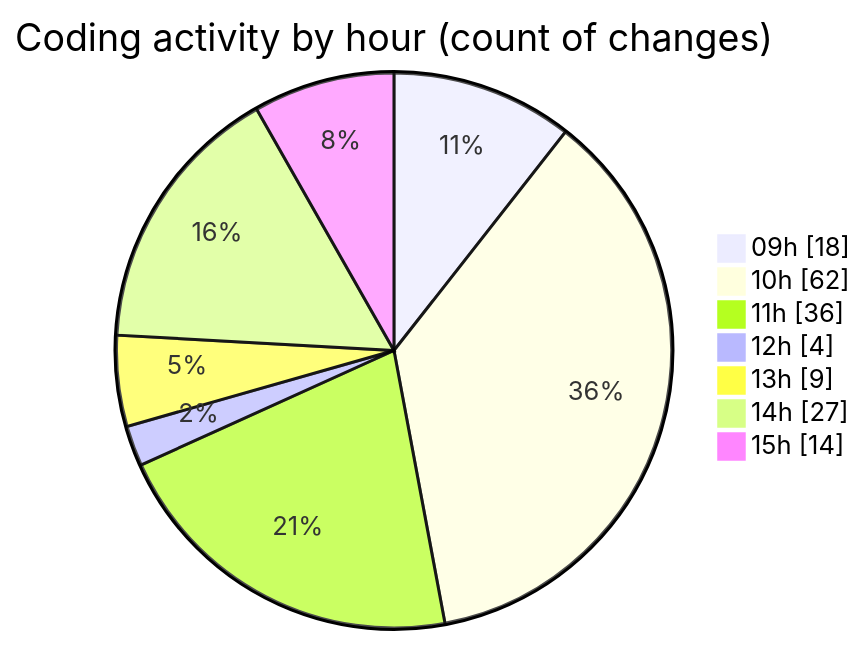
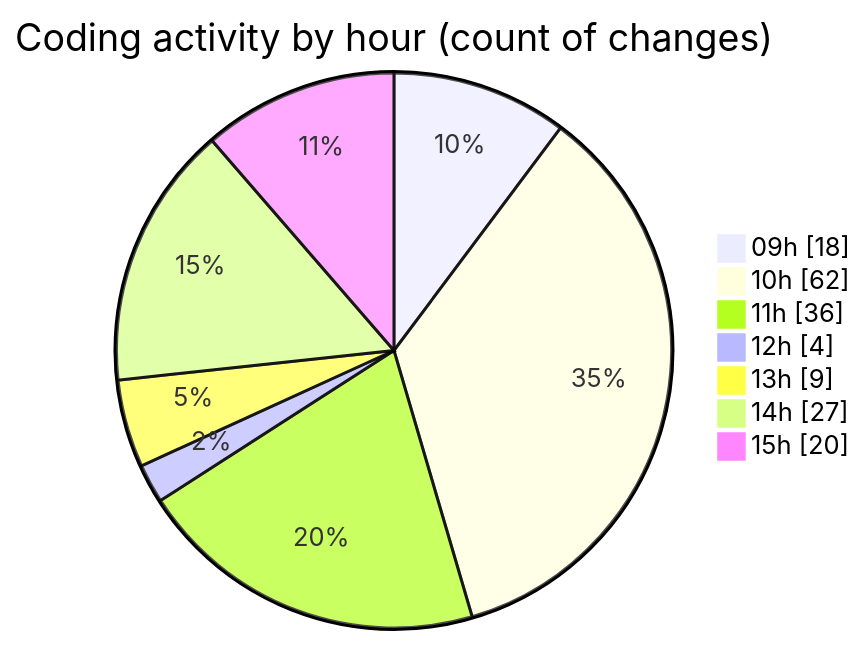
One commit to momahboobian/code-tracking changed the second of 2 diagrams in 2025-07-01/cda/README.md. Above: the diagram before and after it, drawn with Mermaid. The commit also changed other lines of this file and 1 other file, not shown here.

````diff
--- a/2025-07-01/cda/README.md
+++ b/2025-07-01/cda/README.md
@@ -53,11 +53,11 @@
 ```mermaid
 pie showData
 title Coding activity by hour (count of changes)
 "09h" : 18
 "10h" : 62
 "11h" : 36
 "12h" : 4
 "13h" : 9
 "14h" : 27
-"15h" : 14
+"15h" : 20
 ```
````
